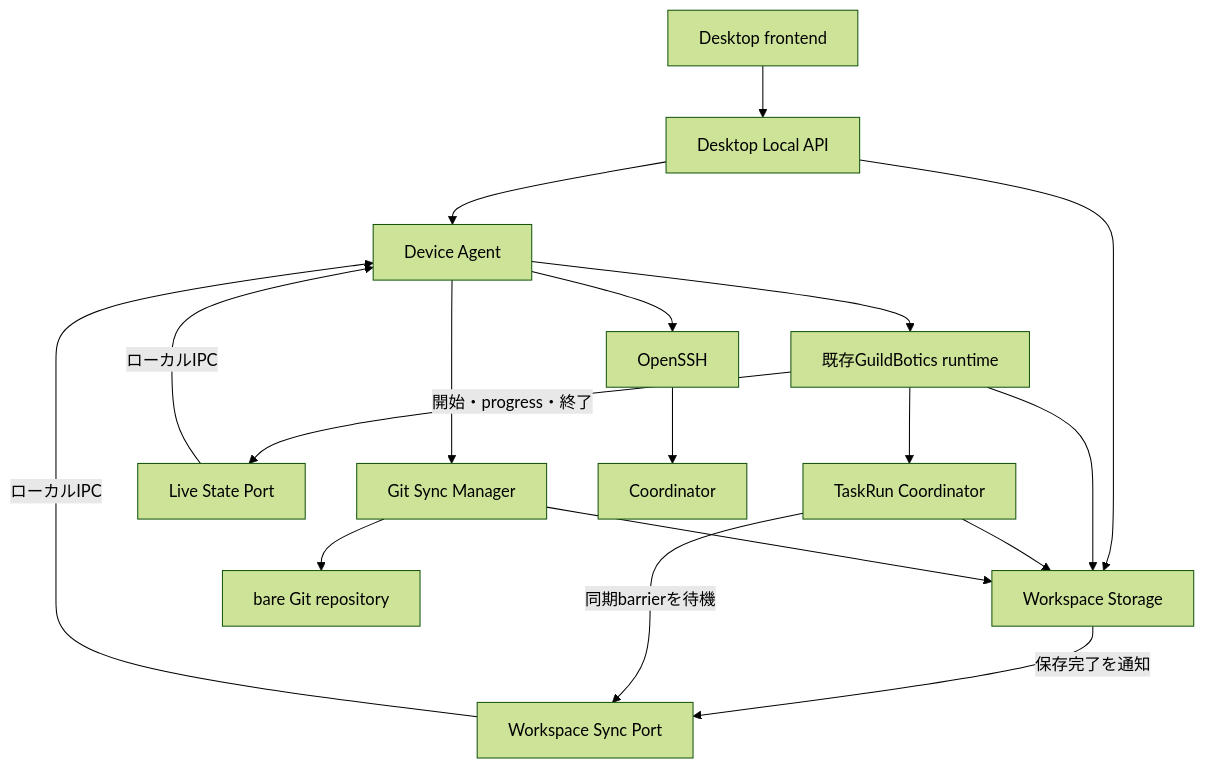
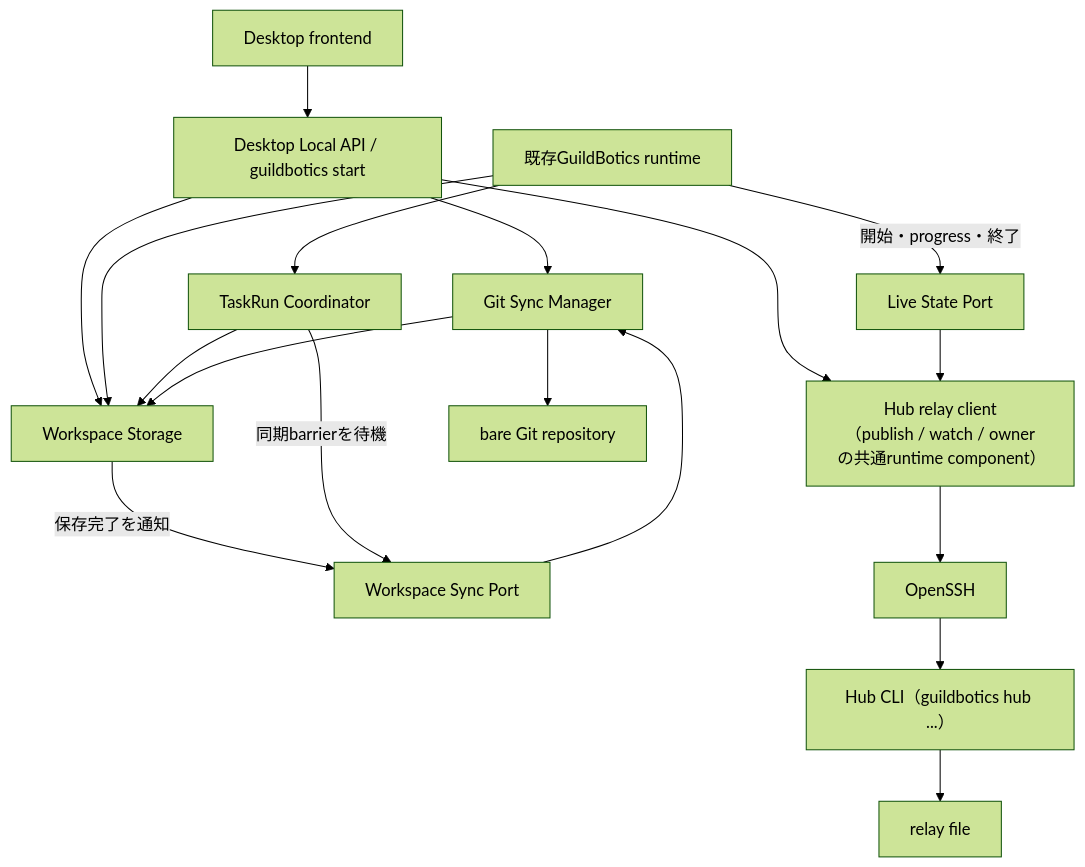
One commit to GuildBotics/GuildBotics changed the sixth of 9 diagrams in docs/plans/workspace_sync_plan-v3.md. Above: the diagram before and after it, drawn with Mermaid (forest theme). The commit also changed other lines of this file and 71 other files, not shown here.

First line of the commit message:
Hub relay と常駐なし同期を完成させる（#418）

````diff
--- a/docs/plans/workspace_sync_plan-v3.md
+++ b/docs/plans/workspace_sync_plan-v3.md
@@ -1345,33 +1407,34 @@
 ```mermaid
 flowchart TB
     desktop["Desktop frontend"]
-    api["Desktop Local API"]
+    api["Desktop Local API / guildbotics start"]
     taskrun["TaskRun Coordinator"]
     syncport["Workspace Sync Port"]
     liveport["Live State Port"]
-    agent["Device Agent"]
+    relayc["Hub relay client<br/>（publish / watch / ownerの共通runtime component）"]
     sync["Git Sync Manager"]
     storage["Workspace Storage"]
     runtime["既存GuildBotics runtime"]
-    coordinator["Coordinator"]
     ssh["OpenSSH"]
+    hubcli["Hub CLI（guildbotics hub ...）"]
     git["bare Git repository"]
+    relay["relay file"]
 
     desktop --> api
-    api --> agent
+    api --> sync
+    api --> relayc
     api --> storage
     runtime --> taskrun
     runtime --> storage
     taskrun --> storage
     storage -->|"保存完了を通知"| syncport
     taskrun -->|"同期barrierを待機"| syncport
-    syncport -->|"ローカルIPC"| agent
+    syncport --> sync
     runtime -->|"開始・progress・終了"| liveport
-    liveport -->|"ローカルIPC"| agent
-    agent --> sync
+    liveport --> relayc
     sync --> storage
-    agent --> runtime
-    agent --> ssh
-    ssh --> coordinator
+    relayc --> ssh
+    ssh --> hubcli
+    hubcli --> relay
     sync --> git
 ```
````
